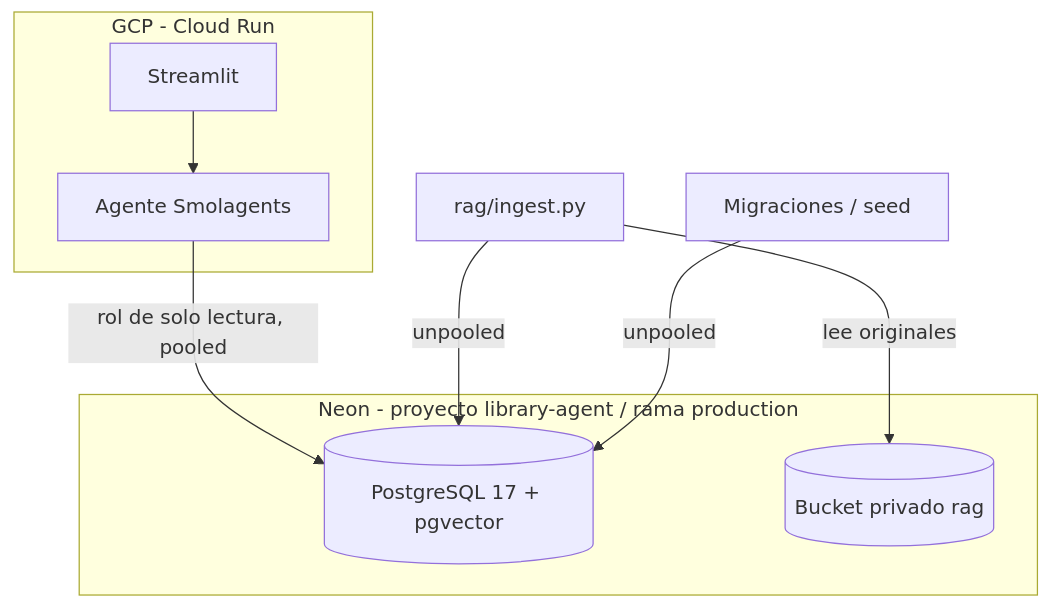
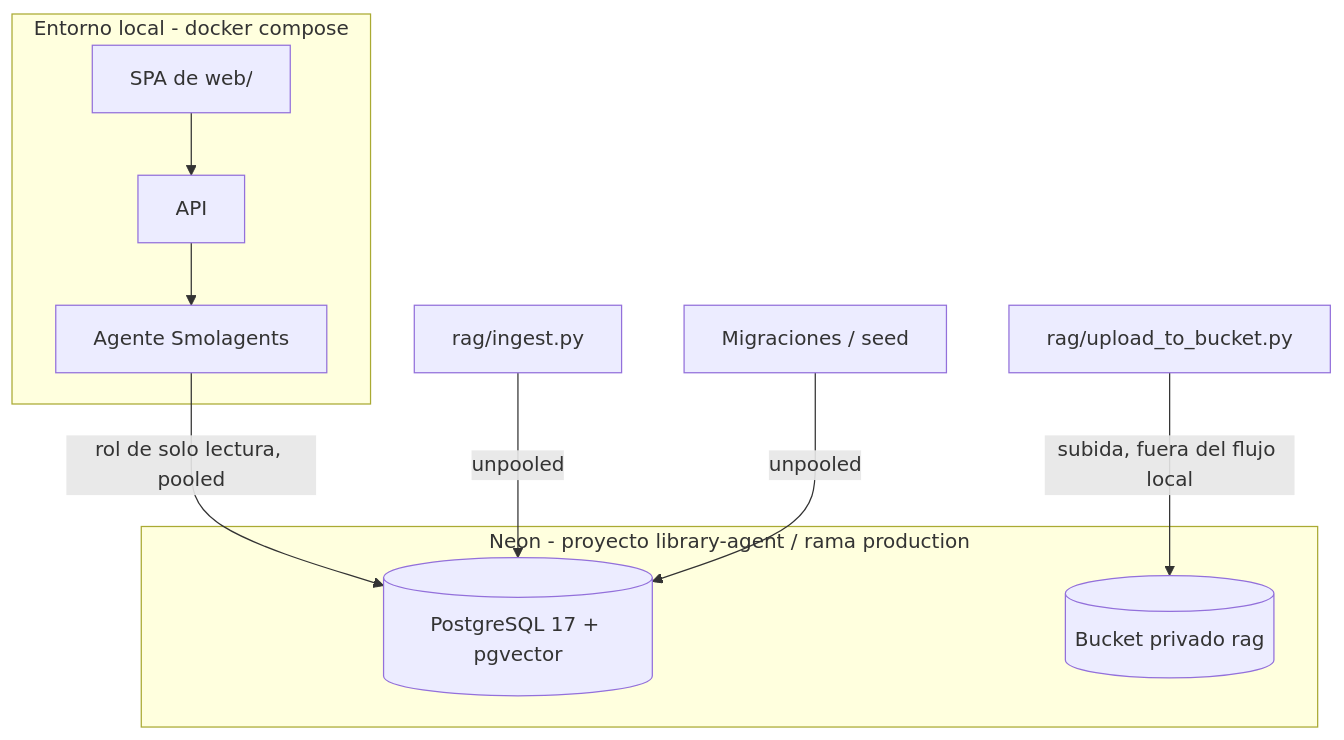
The diagram in openspec/changes/base-de-datos-neon/design.md (lucapierini/tp-topicos-g2-pipidu-library-agent), drawn with Mermaid before and after one commit. The commit also changed other lines of this file and 5 other files, not shown here.

````diff
--- a/openspec/changes/base-de-datos-neon/design.md
+++ b/openspec/changes/base-de-datos-neon/design.md
@@ -26,14 +26,14 @@
 ```mermaid
 flowchart TB
-    subgraph GCP[GCP - Cloud Run]
-        UI[Streamlit] --> AGENT[Agente Smolagents]
+    subgraph LOCAL[Entorno local - docker compose]
+        UI[SPA de web/] --> API[API] --> AGENT[Agente Smolagents]
     end
     subgraph NEON[Neon - proyecto library-agent / rama production]
         PG[(PostgreSQL 17 + pgvector)]
         BUCKET[(Bucket privado rag)]
     end
     AGENT -->|rol de solo lectura, pooled| PG
     INGEST[rag/ingest.py] -->|unpooled| PG
-    INGEST -->|lee originales| BUCKET
+    UPLOAD[rag/upload_to_bucket.py] -->|subida, fuera del flujo local| BUCKET
     MIG[Migraciones / seed] -->|unpooled| PG
 ```
````
